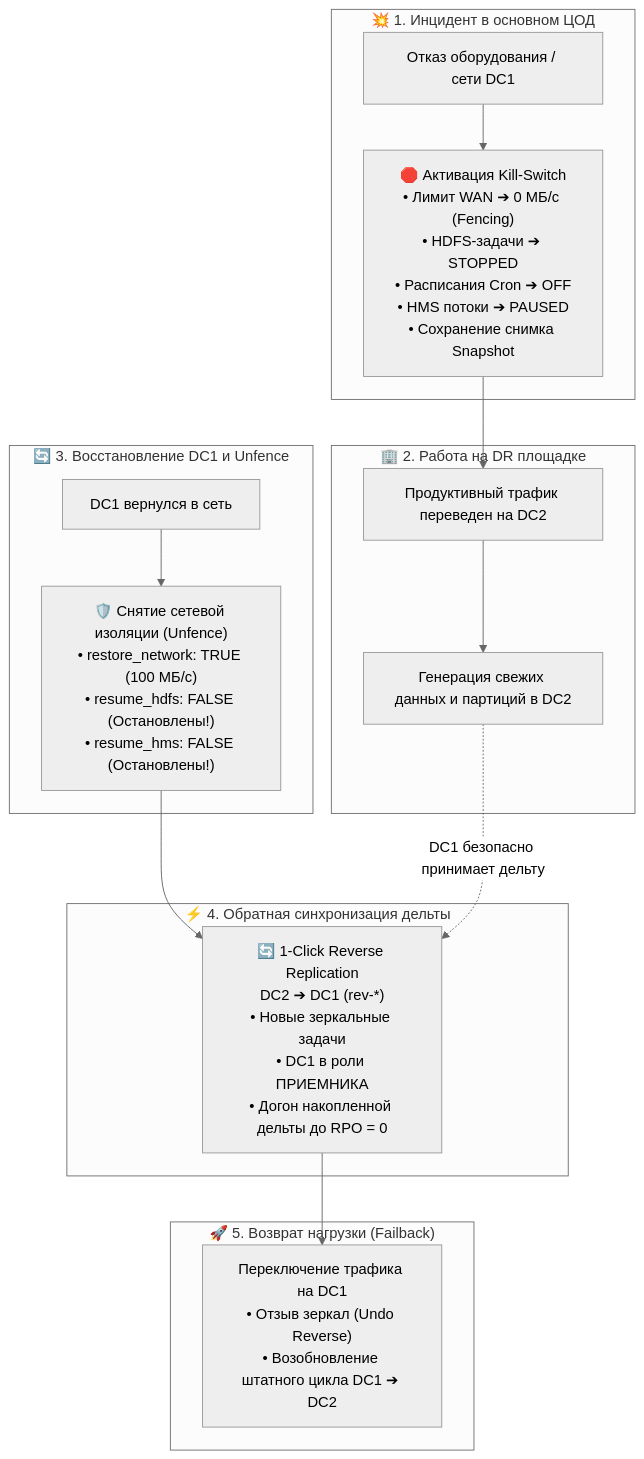
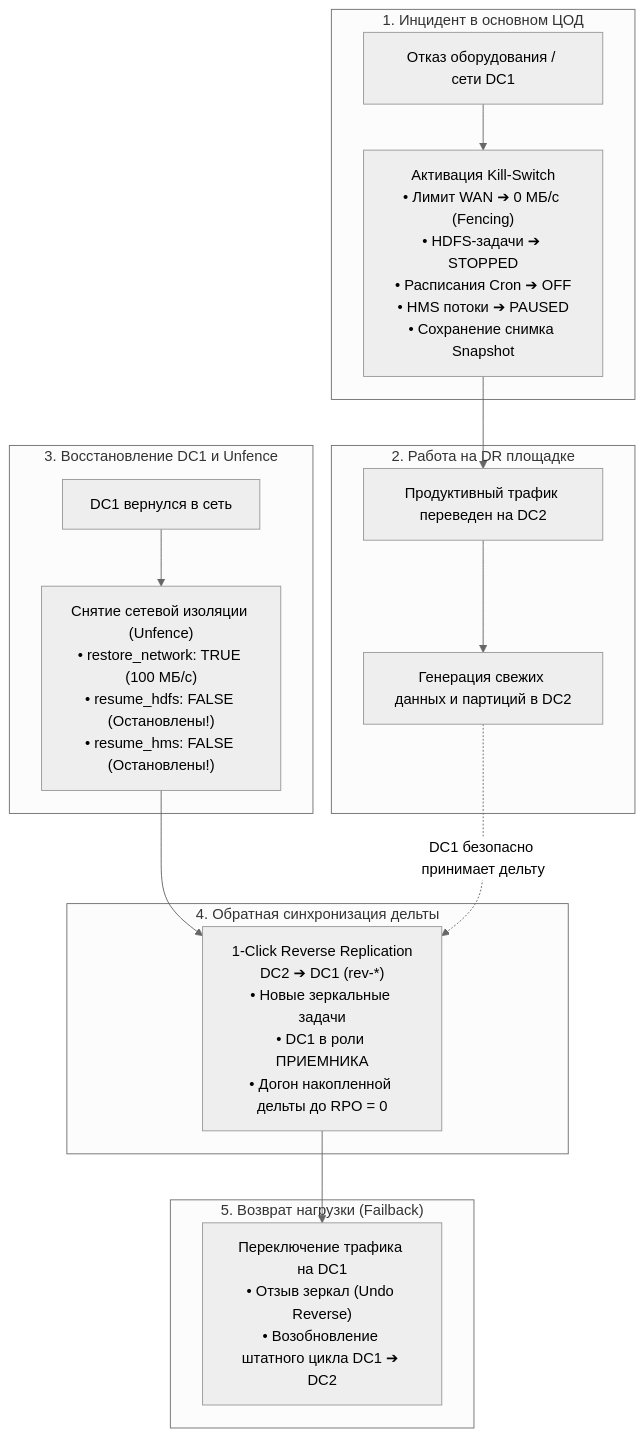
One commit to balookrd/hadoop-explorer changed the diagram in docs/replicator-disaster-recovery-guide.md. Above: the diagram before and after it, drawn with Mermaid (neutral theme). The commit also changed other lines of this file and 48 other files, not shown here.

````diff
--- a/docs/replicator-disaster-recovery-guide.md
+++ b/docs/replicator-disaster-recovery-guide.md
@@ -39,32 +43,32 @@
 ```mermaid
 flowchart TD
-    subgraph Incident["💥 1. Инцидент в основном ЦОД"]
+    subgraph Incident["1. Инцидент в основном ЦОД"]
         Crash["Отказ оборудования / сети DC1"]
-        KillSwitch["🛑 Активация Kill-Switch<br/>• Лимит WAN ➔ 0 МБ/с (Fencing)<br/>• HDFS-задачи ➔ STOPPED<br/>• Расписания Cron ➔ OFF<br/>• HMS потоки ➔ PAUSED<br/>• Сохранение снимка Snapshot"]
+        KillSwitch["Активация Kill-Switch<br/>• Лимит WAN ➔ 0 МБ/с (Fencing)<br/>• HDFS-задачи ➔ STOPPED<br/>• Расписания Cron ➔ OFF<br/>• HMS потоки ➔ PAUSED<br/>• Сохранение снимка Snapshot"]
         Crash --> KillSwitch
     end
 
-    subgraph DR["🏢 2. Работа на DR площадке"]
+    subgraph DR["2. Работа на DR площадке"]
         Traffic["Продуктивный трафик переведен на DC2"]
         Delta["Генерация свежих данных и партиций в DC2"]
         KillSwitch --> Traffic --> Delta
     end
 
-    subgraph Recovery["🔄 3. Восстановление DC1 и Unfence"]
+    subgraph Recovery["3. Восстановление DC1 и Unfence"]
         Alive["DC1 вернулся в сеть"]
-        Unfence["🛡️ Снятие сетевой изоляции (Unfence)<br/>• restore_network: TRUE (100 МБ/с)<br/>• resume_hdfs: FALSE (Остановлены!)<br/>• resume_hms: FALSE (Остановлены!)"]
+        Unfence["Снятие сетевой изоляции (Unfence)<br/>• restore_network: TRUE (100 МБ/с)<br/>• resume_hdfs: FALSE (Остановлены!)<br/>• resume_hms: FALSE (Остановлены!)"]
         Alive --> Unfence
     end
 
-    subgraph Sync["⚡ 4. Обратная синхронизация дельты"]
-        Reverse["🔄 1-Click Reverse Replication<br/>DC2 ➔ DC1 (rev-*)<br/>• Новые зеркальные задачи<br/>• DC1 в роли ПРИЕМНИКА<br/>• Догон накопленной дельты до RPO = 0"]
+    subgraph Sync["4. Обратная синхронизация дельты"]
+        Reverse["1-Click Reverse Replication<br/>DC2 ➔ DC1 (rev-*)<br/>• Новые зеркальные задачи<br/>• DC1 в роли ПРИЕМНИКА<br/>• Догон накопленной дельты до RPO = 0"]
         Unfence --> Reverse
     end
 
-    subgraph Failback["🚀 5. Возврат нагрузки (Failback)"]
+    subgraph Failback["5. Возврат нагрузки (Failback)"]
         FB["Переключение трафика на DC1<br/>• Отзыв зеркал (Undo Reverse)<br/>• Возобновление штатного цикла DC1 ➔ DC2"]
         Reverse --> FB
     end
 
     Delta -.->|"DC1 безопасно принимает дельту"| Reverse
 ```
````
